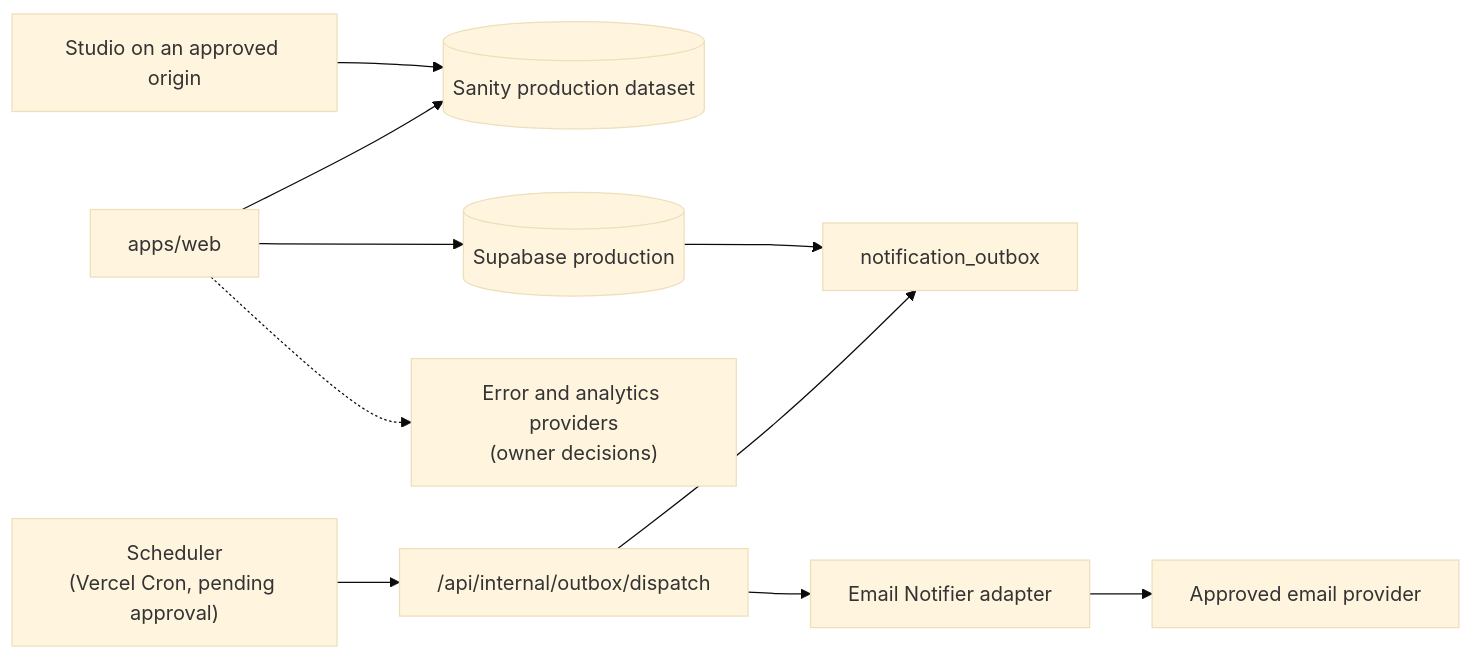
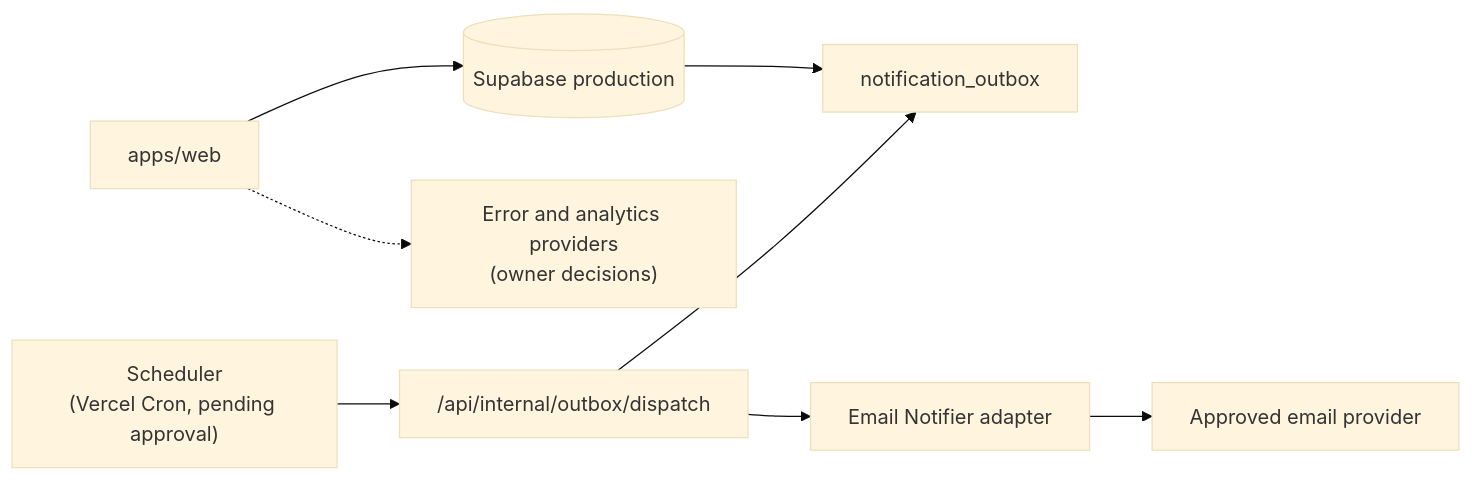
One commit to Isaacpyo/vitalos-platform changed the second of 2 diagrams in docs/architecture/container-architecture.md. Above: the diagram before and after it, drawn with Mermaid (base theme). The commit also changed other lines of this file and 237 other files, not shown here.

````diff
--- a/docs/architecture/container-architecture.md
+++ b/docs/architecture/container-architecture.md
@@ -79,11 +74,9 @@
 ```mermaid
 flowchart LR
-  Web["apps/web"] --> Sanity[(Sanity production dataset)]
-  Web --> PG[(Supabase production)]
+  Web["apps/web"] --> PG[(Supabase production)]
   PG --> Outbox["notification_outbox"]
   Scheduler["Scheduler<br/>(Vercel Cron, pending approval)"] --> Dispatch["/api/internal/outbox/dispatch"]
   Dispatch --> Outbox
   Dispatch --> Notifier["Email Notifier adapter"] --> Provider["Approved email provider"]
-  Studio["Studio on an approved origin"] --> Sanity
   Web -.-> Monitoring["Error and analytics providers<br/>(owner decisions)"]
 ```
````
